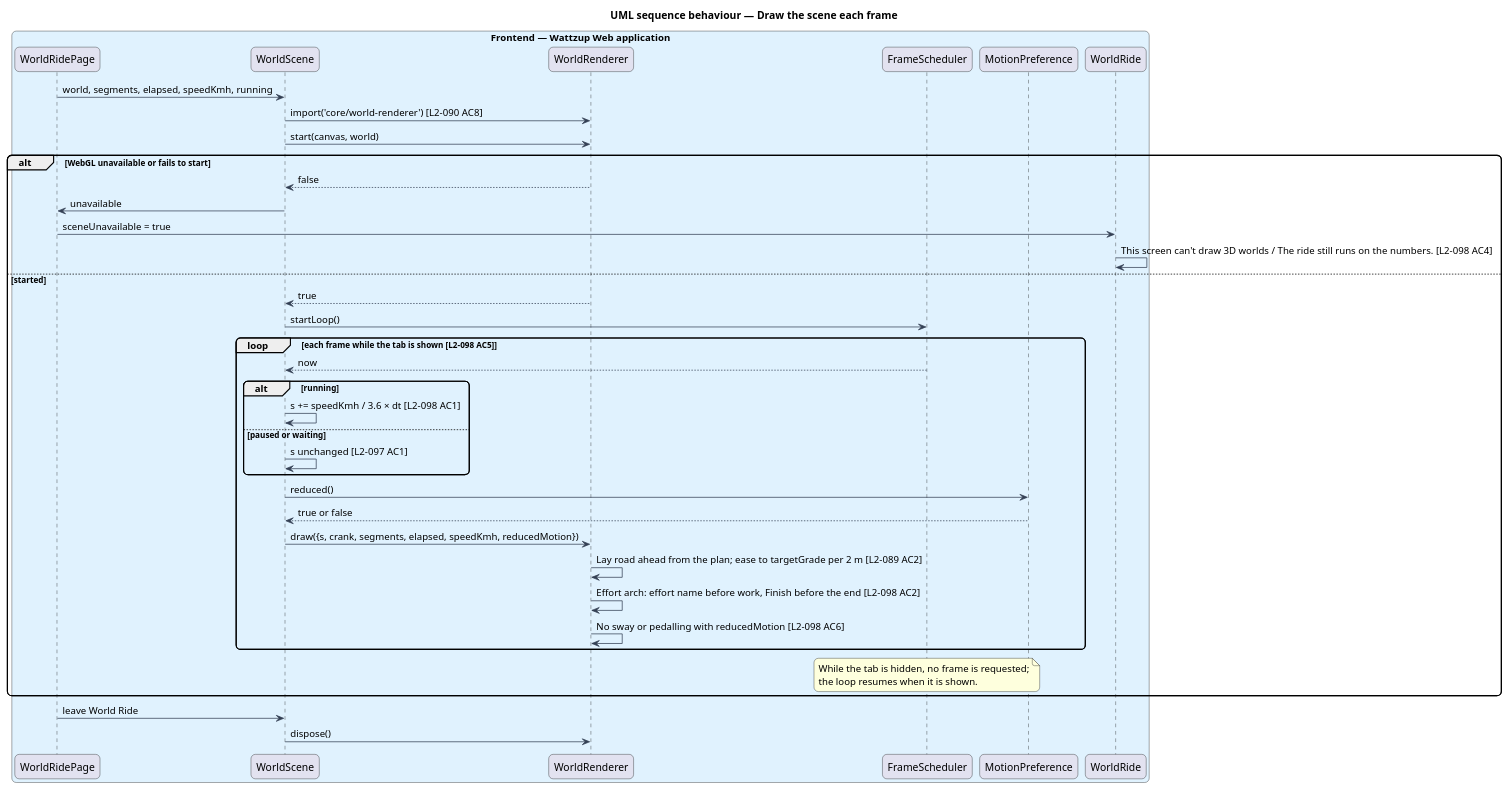
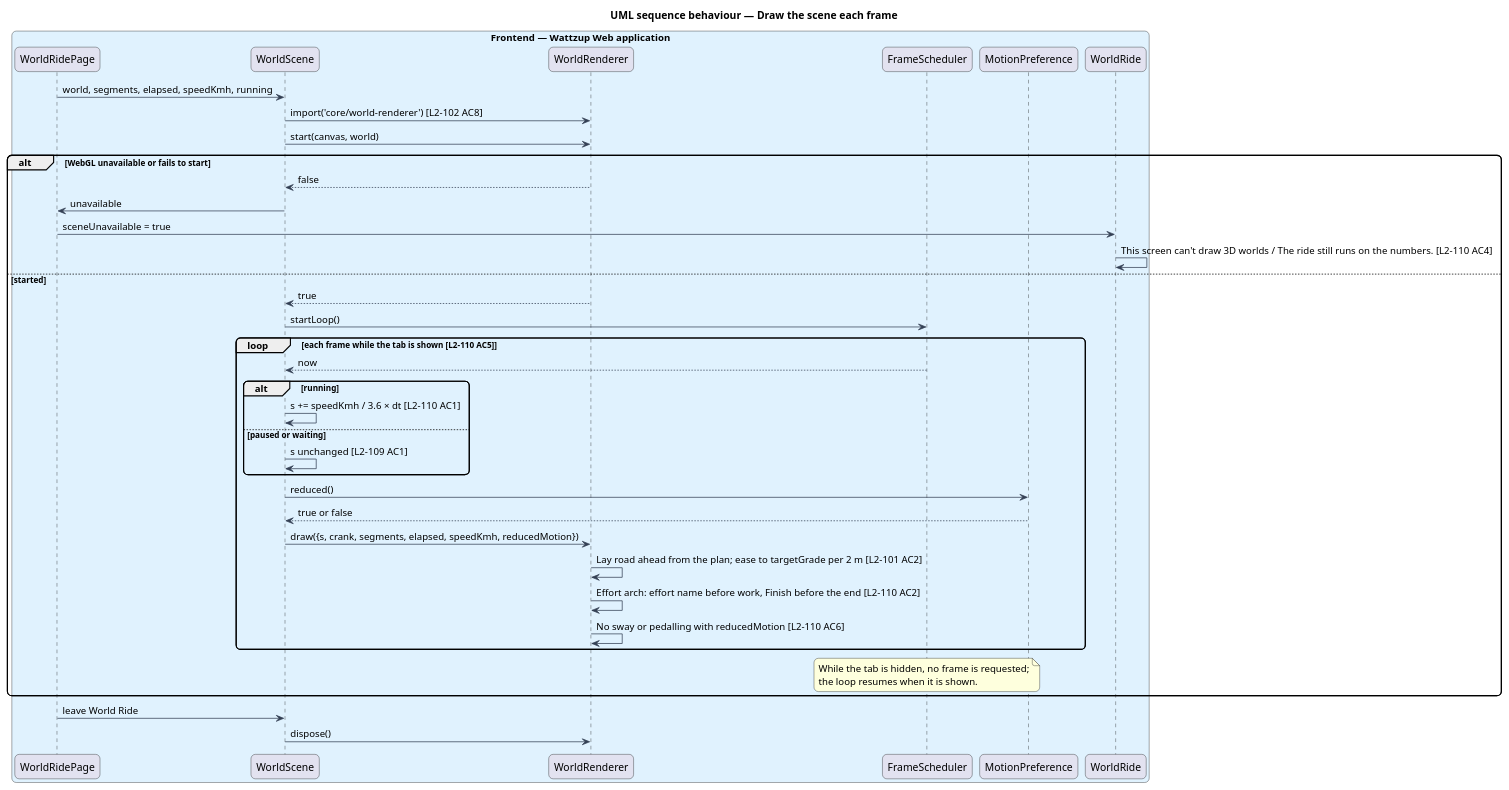
One commit to QuinntyneBrown/ride-one changed the diagram in docs/detailed-designs/world-ride/draw-class-scene/diagrams/sequence-draw-scene.puml. Above: the diagram before and after it, drawn with PlantUML. The commit also changed 75 other files, not shown here.

First line of the commit message:
Renumber World Ride after the browser-only app: L1-017, L2-100 to L2-111, ADRs 0020 and 0021

```diff
--- a/docs/detailed-designs/world-ride/draw-class-scene/diagrams/sequence-draw-scene.puml
+++ b/docs/detailed-designs/world-ride/draw-class-scene/diagrams/sequence-draw-scene.puml
@@ -1,49 +1,49 @@
 @startuml
 title UML sequence behaviour — Draw the scene each frame
 skinparam backgroundColor #FFFFFF
 skinparam shadowing false
 skinparam roundcorner 12
 skinparam defaultFontName Arial
 skinparam ArrowColor #344054
 box "Frontend — Wattzup Web application" #E0F2FE
   participant "WorldRidePage" as page
   participant "WorldScene" as scene
   participant "WorldRenderer" as renderer
   participant "FrameScheduler" as frames
   participant "MotionPreference" as motion
   participant "WorldRide" as hud
 end box
 
 page -> scene : world, segments, elapsed, speedKmh, running
-scene -> renderer : import('core/world-renderer') [L2-090 AC8]
+scene -> renderer : import('core/world-renderer') [L2-102 AC8]
 scene -> renderer : start(canvas, world)
 alt WebGL unavailable or fails to start
   renderer --> scene : false
   scene -> page : unavailable
   page -> hud : sceneUnavailable = true
-  hud -> hud : This screen can't draw 3D worlds / The ride still runs on the numbers. [L2-098 AC4]
+  hud -> hud : This screen can't draw 3D worlds / The ride still runs on the numbers. [L2-110 AC4]
 else started
   renderer --> scene : true
   scene -> frames : startLoop()
-  loop each frame while the tab is shown [L2-098 AC5]
+  loop each frame while the tab is shown [L2-110 AC5]
     frames --> scene : now
     alt running
-      scene -> scene : s += speedKmh / 3.6 × dt [L2-098 AC1]
+      scene -> scene : s += speedKmh / 3.6 × dt [L2-110 AC1]
     else paused or waiting
-      scene -> scene : s unchanged [L2-097 AC1]
+      scene -> scene : s unchanged [L2-109 AC1]
     end
     scene -> motion : reduced()
     motion --> scene : true or false
     scene -> renderer : draw({s, crank, segments, elapsed, speedKmh, reducedMotion})
-    renderer -> renderer : Lay road ahead from the plan; ease to targetGrade per 2 m [L2-089 AC2]
-    renderer -> renderer : Effort arch: effort name before work, Finish before the end [L2-098 AC2]
-    renderer -> renderer : No sway or pedalling with reducedMotion [L2-098 AC6]
+    renderer -> renderer : Lay road ahead from the plan; ease to targetGrade per 2 m [L2-101 AC2]
+    renderer -> renderer : Effort arch: effort name before work, Finish before the end [L2-110 AC2]
+    renderer -> renderer : No sway or pedalling with reducedMotion [L2-110 AC6]
   end
   note over frames
     While the tab is hidden, no frame is requested;
     the loop resumes when it is shown.
   end note
 end
 page -> scene : leave World Ride
 scene -> renderer : dispose()
 @enduml
```
